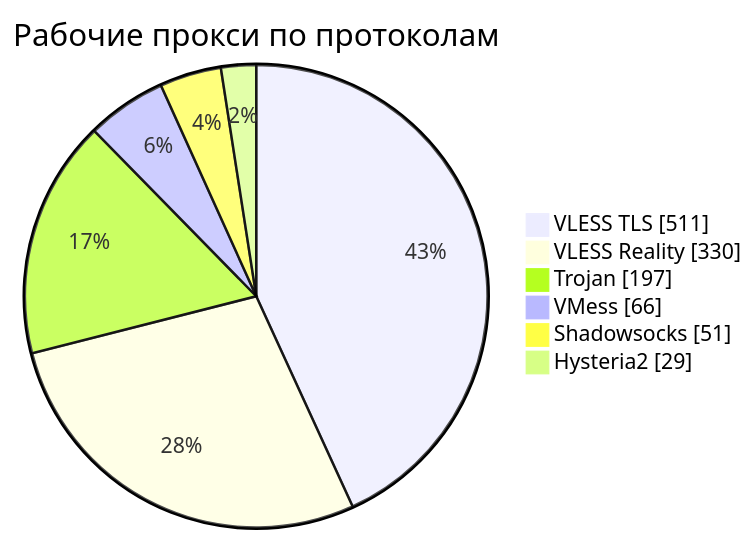
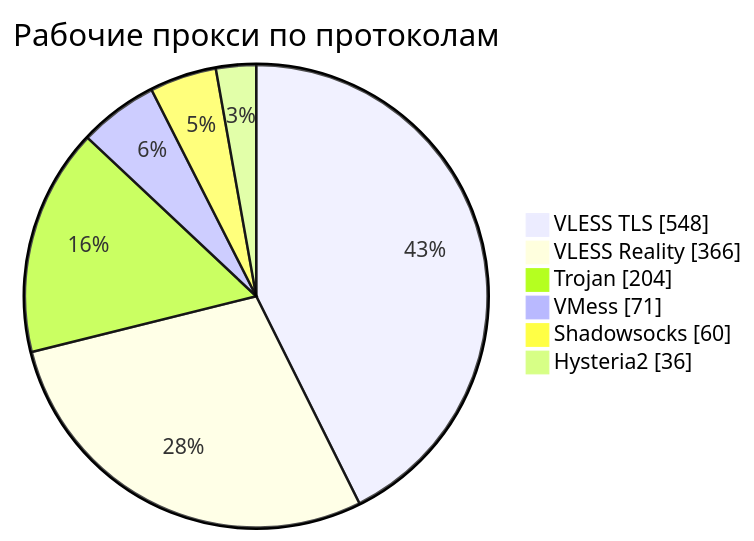
Before and after one commit to rvvg/proxy-subs: the third of 4 diagrams in README.md, drawn with Mermaid. The commit also changed other lines of this file and 50 other files, not shown here.

````diff
--- a/README.md
+++ b/README.md
@@ -134,10 +138,10 @@
 ```mermaid
 pie showData
     title Рабочие прокси по протоколам
-    "VLESS TLS" : 511
-    "VLESS Reality" : 330
-    "Trojan" : 197
-    "VMess" : 66
-    "Shadowsocks" : 51
-    "Hysteria2" : 29
+    "VLESS TLS" : 548
+    "VLESS Reality" : 366
+    "Trojan" : 204
+    "VMess" : 71
+    "Shadowsocks" : 60
+    "Hysteria2" : 36
 ```
````
